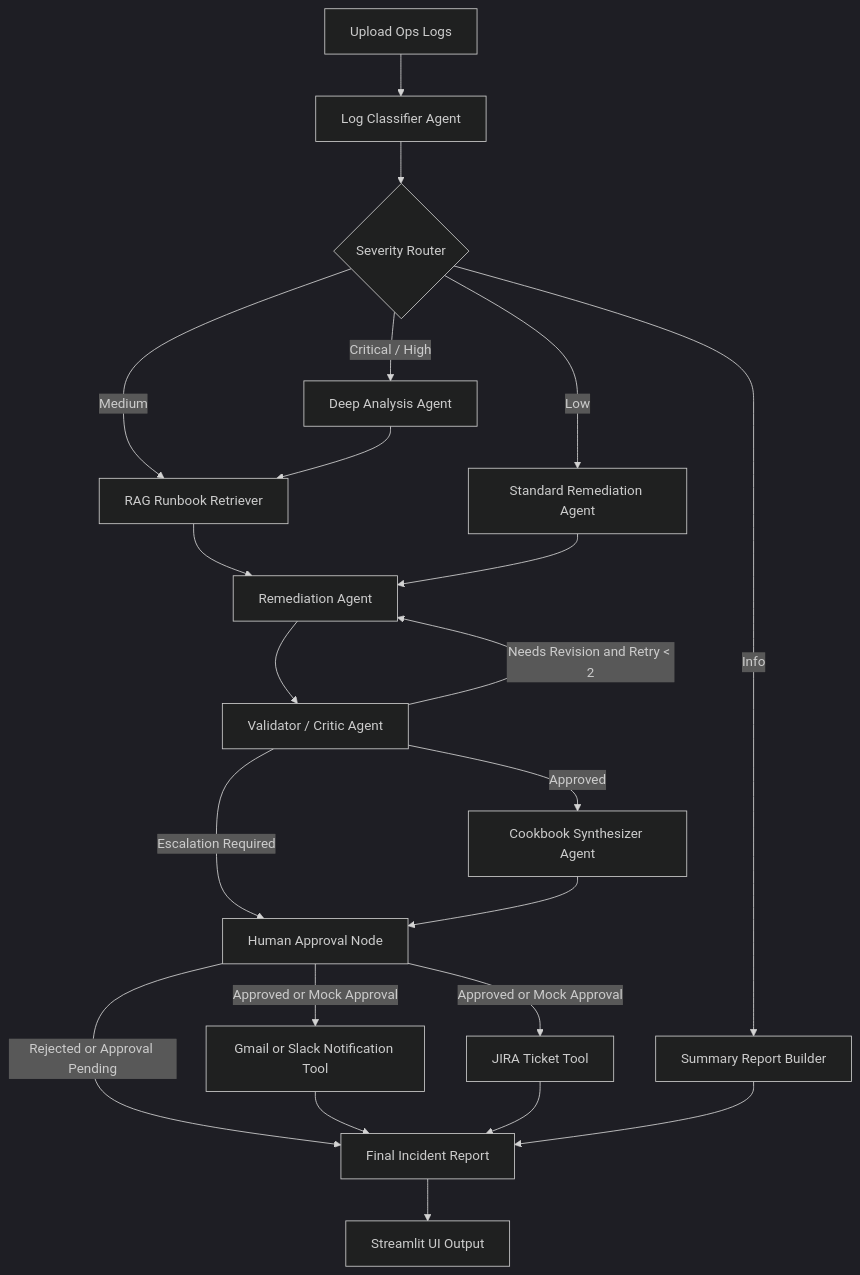
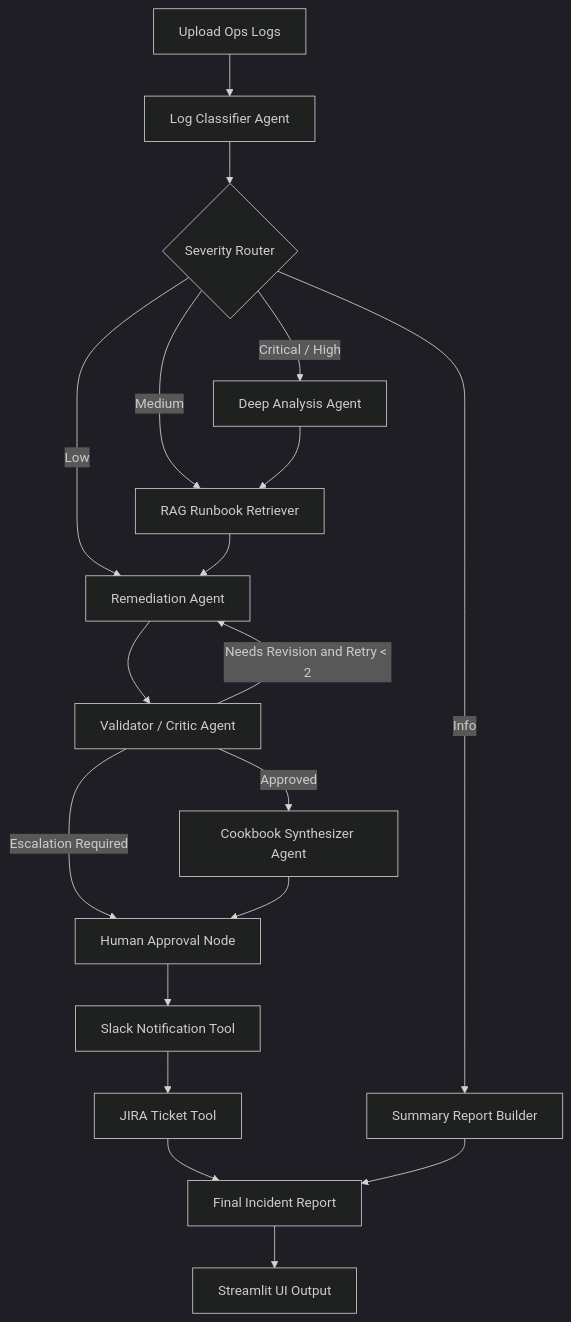
One commit to joyson-fernandes/C6_Hackathon-Group-4 changed the diagram in README.md. Above: the diagram before and after it, drawn with Mermaid (dark theme). The commit also changed other lines of this file, not shown here.

First line of the commit message:
README: tighten mermaid diagram to match actual graph topology

````diff
--- a/README.md
+++ b/README.md
@@ -53,24 +53,21 @@
 ```mermaid
 flowchart TD
     A[Upload Ops Logs] --> B[Log Classifier Agent]
     B --> C{Severity Router}
     C -->|Critical / High| D[Deep Analysis Agent]
     C -->|Medium| E[RAG Runbook Retriever]
-    C -->|Low| F[Standard Remediation Agent]
+    C -->|Low| H[Remediation Agent]
     C -->|Info| G[Summary Report Builder]
     D --> E
-    E --> H[Remediation Agent]
-    F --> H
+    E --> H
     H --> I[Validator / Critic Agent]
     I -->|Needs Revision and Retry &lt; 2| H
     I -->|Approved| J[Cookbook Synthesizer Agent]
     I -->|Escalation Required| K[Human Approval Node]
     J --> K
-    K -->|Approved or Mock Approval| L[Gmail or Slack Notification Tool]
-    K -->|Approved or Mock Approval| M[JIRA Ticket Tool]
-    K -->|Rejected or Approval Pending| N[Final Incident Report]
-    L --> N
-    M --> N
+    K --> L[Slack Notification Tool]
+    L --> M[JIRA Ticket Tool]
+    M --> N[Final Incident Report]
     G --> N
     N --> O[Streamlit UI Output]
 ```
````
